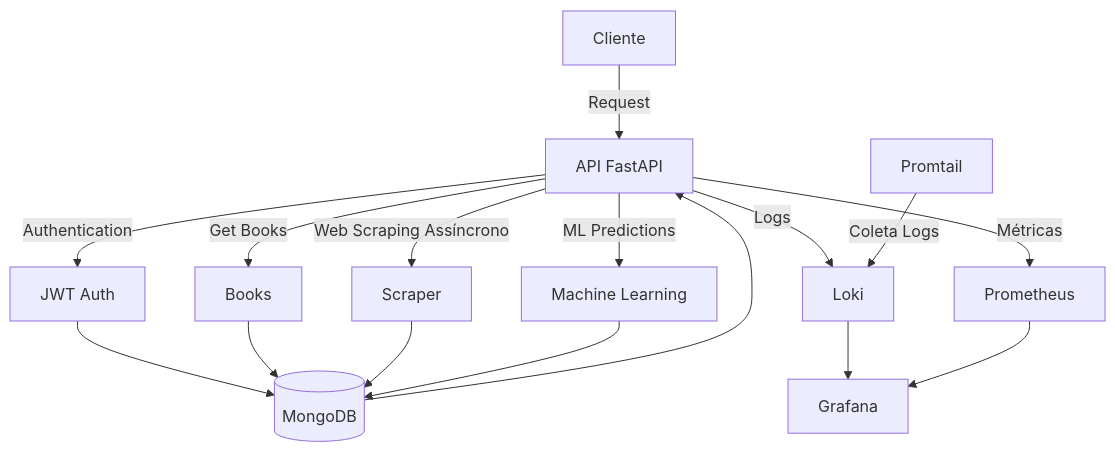
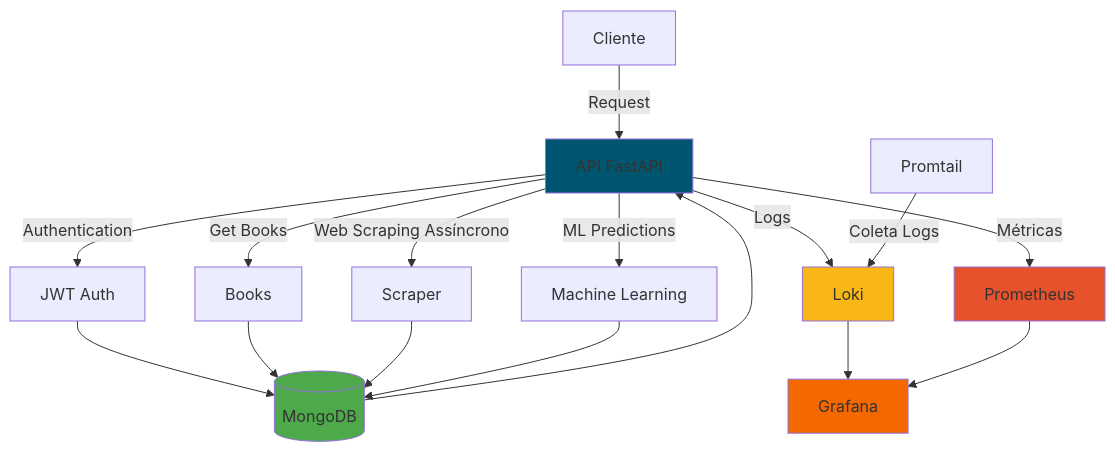
One commit to alexfordbotelho/postech-fiap-ml-tech-challege-1 changed the diagram in README.md. Above: the diagram before and after it, drawn with Mermaid. The commit also changed other lines of this file, not shown here.

````diff
--- a/README.md
+++ b/README.md
@@ -7,23 +7,29 @@
 ```mermaid
 graph TD
     Client[Cliente] -->|Request| API[API FastAPI]
     API -->|Authentication| JWT[JWT Auth]
     
     JWT[JWT Auth] --> MongoDB[(MongoDB)]
     API --> |Get Books| Books[Books]
     Books[Books] --> MongoDB[(MongoDB)]
 
     API -->|Web Scraping Assíncrono| WS[Scraper]
     WS[Scraper] --> MongoDB[(MongoDB)]
     
     API -->|ML Predictions| ML[Machine Learning]
     ML[Machine Learning] --> MongoDB[(MongoDB)]
 
     MongoDB[(MongoDB)] --> API
 
     API -->|Logs| Loki[Loki]
     Promtail -->|Coleta Logs| Loki
     Loki --> Grafana[Grafana]
     API -->|Métricas| Prometheus[Prometheus]
     Prometheus --> Grafana
+
+    style API fill:#005571
+    style MongoDB fill:#4ea94b
+    style Prometheus fill:#E6522C
+    style Grafana fill:#F46800
+    style Loki fill:#F9B716
 ```
````
